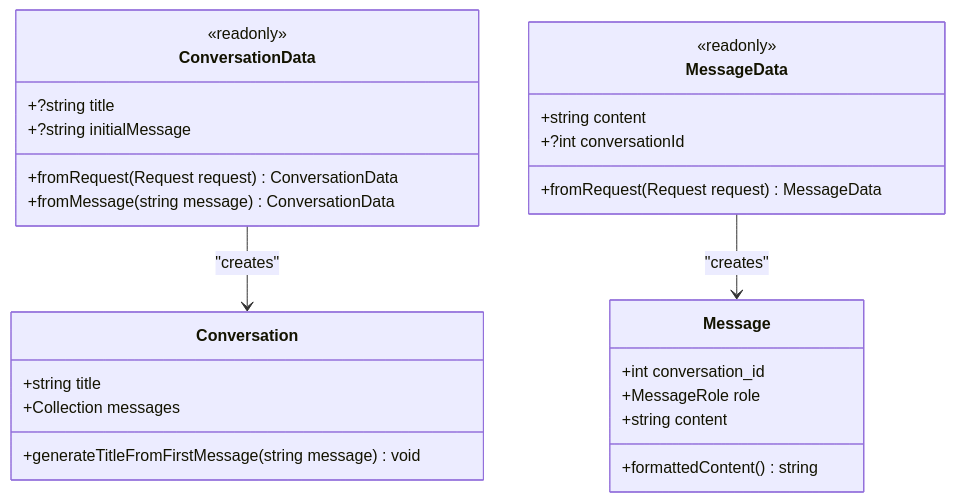
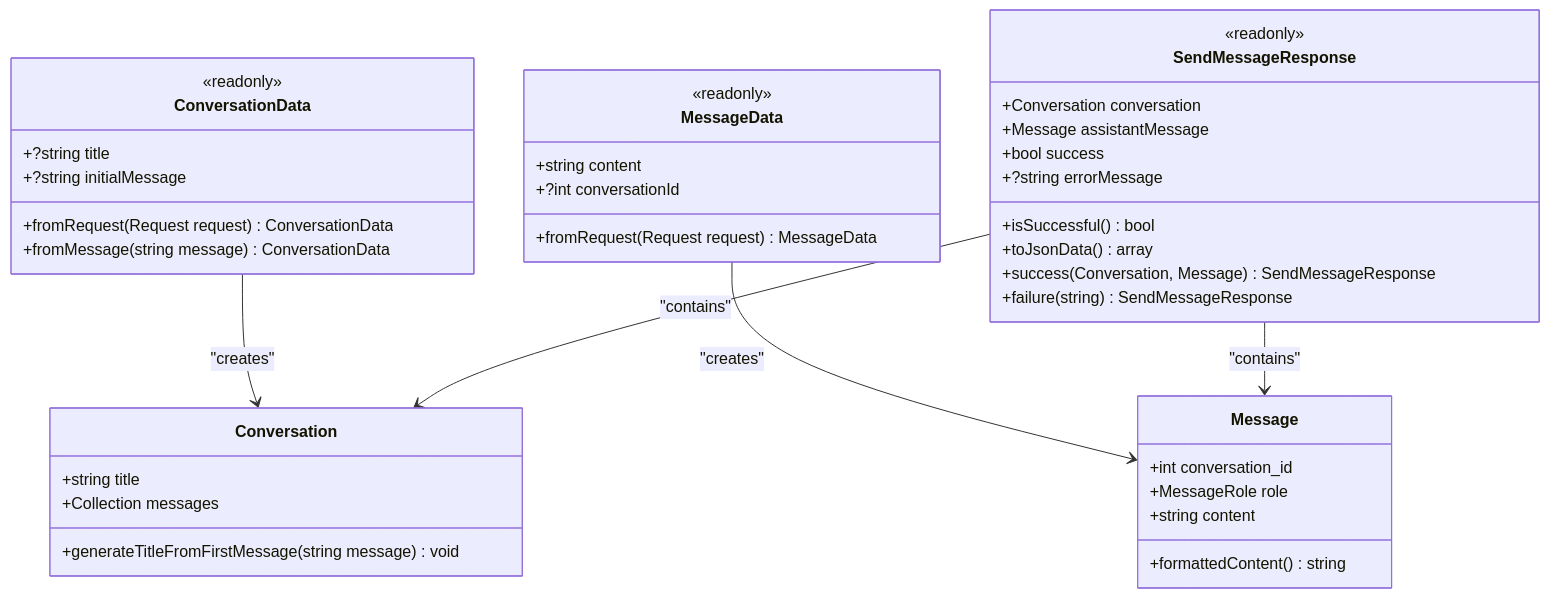
The seventh of 8 diagrams in .qoder/repowiki/en/content/Actions Layer Specification.md (siimliimand/laravel-assistant), drawn with Mermaid before and after one commit. The commit also changed other lines of this file and 8 other files, not shown here.

First line of the commit message:
docs(actions): add PrepareChatViewAction and update architecture docs

````diff
--- a/.qoder/repowiki/en/content/Actions Layer Specification.md
+++ b/.qoder/repowiki/en/content/Actions Layer Specification.md
@@ -267,29 +324,42 @@
 ```mermaid
 classDiagram
 class ConversationData {
 <<readonly>>
 +?string title
 +?string initialMessage
 +fromRequest(Request request) ConversationData
 +fromMessage(string message) ConversationData
 }
 class MessageData {
 <<readonly>>
 +string content
 +?int conversationId
 +fromRequest(Request request) MessageData
 }
+class SendMessageResponse {
+<<readonly>>
++Conversation conversation
++Message assistantMessage
++bool success
++?string errorMessage
++isSuccessful() bool
++toJsonData() array
++success(Conversation, Message) SendMessageResponse
++failure(string) SendMessageResponse
+}
 class Conversation {
 +string title
 +Collection messages
 +generateTitleFromFirstMessage(string message) void
 }
 class Message {
 +int conversation_id
 +MessageRole role
 +string content
 +formattedContent() string
 }
 ConversationData --> Conversation : "creates"
 MessageData --> Message : "creates"
+SendMessageResponse --> Conversation : "contains"
+SendMessageResponse --> Message : "contains"
 ```
````
